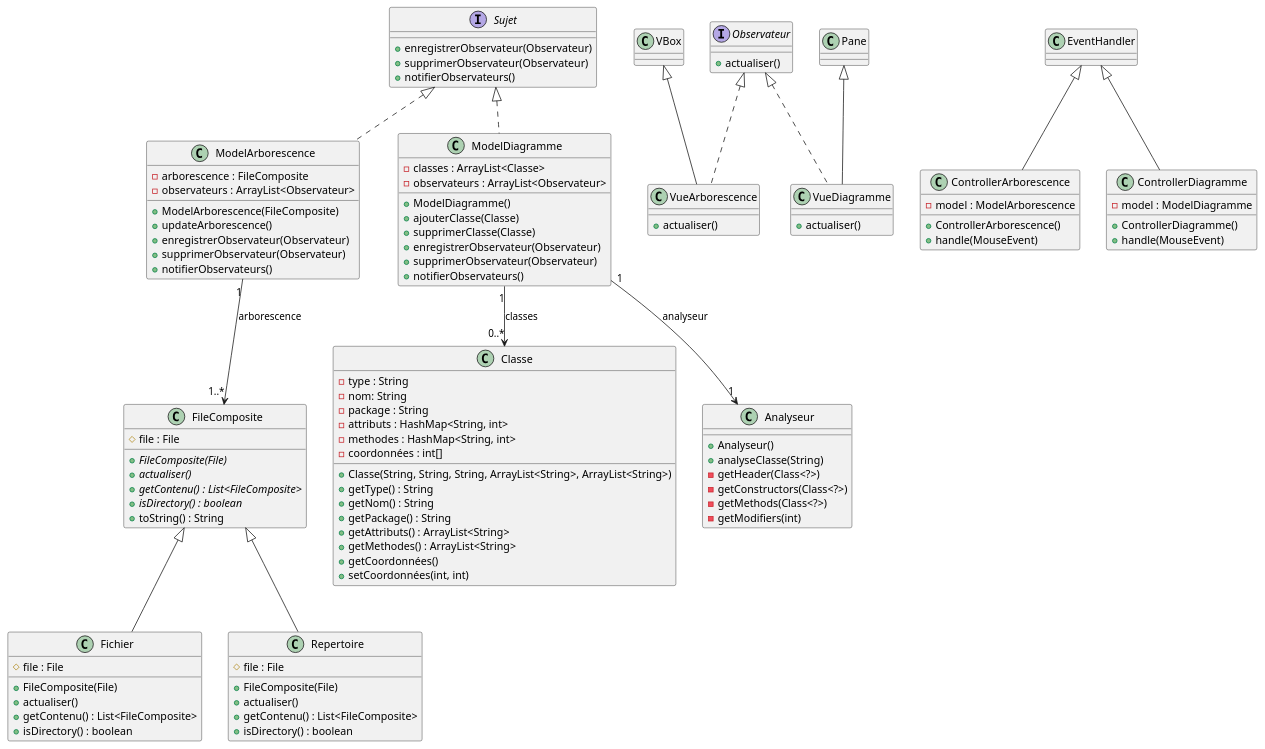
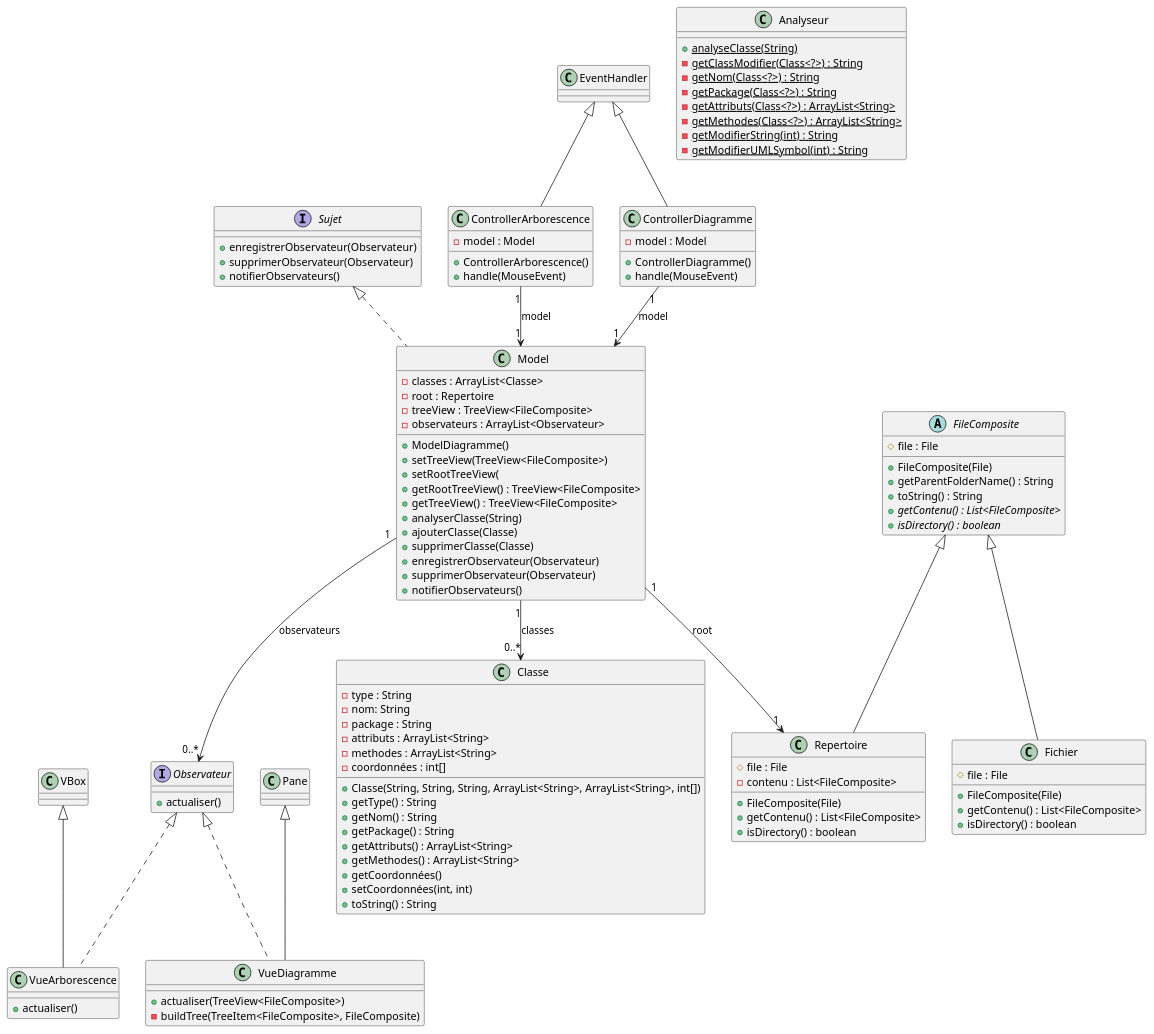
One commit to ByZorks/SAE-3.01 changed the diagram in Documents/Iteration1/DiagrammeDeClasse.puml. Above: the diagram before and after it, drawn with PlantUML. The commit also changed 5 other files, not shown here.

Commit message:
Diagramme classe

```diff
--- a/Documents/Iteration1/DiagrammeDeClasse.puml
+++ b/Documents/Iteration1/DiagrammeDeClasse.puml
@@ -1,122 +1,124 @@
 @startuml
 interface Sujet {
     + enregistrerObservateur(Observateur)
     + supprimerObservateur(Observateur)
     + notifierObservateurs()
 }
 
 interface Observateur {
     + actualiser()
 }
 
 class VueArborescence {
     + actualiser()
 }
 
 class VueDiagramme {
-    + actualiser()
+    + actualiser(TreeView<FileComposite>)
+    - buildTree(TreeItem<FileComposite>, FileComposite)
 }
 
-class ModelArborescence {
-    - arborescence : FileComposite
-    - observateurs : ArrayList<Observateur>
-    + ModelArborescence(FileComposite)
-    + updateArborescence()
-    + enregistrerObservateur(Observateur)
-    + supprimerObservateur(Observateur)
-    + notifierObservateurs()
-}
-
-class ModelDiagramme {
+class Model {
     - classes : ArrayList<Classe>
+    - root : Repertoire
+    - treeView : TreeView<FileComposite>
     - observateurs : ArrayList<Observateur>
     + ModelDiagramme()
+    + setTreeView(TreeView<FileComposite>)
+    + setRootTreeView(
+    + getRootTreeView() : TreeView<FileComposite>
+    + getTreeView() : TreeView<FileComposite>
+    + analyserClasse(String)
     + ajouterClasse(Classe)
     + supprimerClasse(Classe)
     + enregistrerObservateur(Observateur)
     + supprimerObservateur(Observateur)
     + notifierObservateurs()
 }
 
 class ControllerArborescence {
-    - model : ModelArborescence
+    - model : Model
     + ControllerArborescence()
     + handle(MouseEvent)
 }
 
 class ControllerDiagramme {
-    - model : ModelDiagramme
+    - model : Model
     + ControllerDiagramme()
     + handle(MouseEvent)
 }
 
-class FileComposite {
+abstract FileComposite {
     # file : File
-    + {abstract} FileComposite(File)
-    + {abstract} actualiser()
+    + FileComposite(File)
+    + getParentFolderName() : String
+    + toString() : String
     + {abstract} getContenu() : List<FileComposite>
     + {abstract} isDirectory() : boolean
-    + toString() : String
 }
 
 class Fichier {
     # file : File
     + FileComposite(File)
-    + actualiser()
     + getContenu() : List<FileComposite>
     + isDirectory() : boolean
 }
 
 class Repertoire {
     # file : File
+    - contenu : List<FileComposite>
     + FileComposite(File)
-    + actualiser()
     + getContenu() : List<FileComposite>
     + isDirectory() : boolean
 }
 
 class Classe {
     - type : String
     - nom: String
     - package : String
-    - attributs : HashMap<String, int>
-    - methodes : HashMap<String, int>
+    - attributs : ArrayList<String>
+    - methodes : ArrayList<String>
     - coordonnées : int[]
-    + Classe(String, String, String, ArrayList<String>, ArrayList<String>)
+    + Classe(String, String, String, ArrayList<String>, ArrayList<String>, int[])
     + getType() : String
     + getNom() : String
     + getPackage() : String
     + getAttributs() : ArrayList<String>
     + getMethodes() : ArrayList<String>
     + getCoordonnées()
     + setCoordonnées(int, int)
+    + toString() : String
 }
 
 class Analyseur {
-    + Analyseur()
-    + analyseClasse(String)
-    - getHeader(Class<?>)
-    - getConstructors(Class<?>)
-    - getMethods(Class<?>)
-    - getModifiers(int)
+    + {static} analyseClasse(String)
+    - {static} getClassModifier(Class<?>) : String
+    - {static} getNom(Class<?>) : String
+    - {static} getPackage(Class<?>) : String
+    - {static} getAttributs(Class<?>) : ArrayList<String>
+    - {static} getMethodes(Class<?>) : ArrayList<String>
+    - {static} getModifierString(int) : String
+    - {static} getModifierUMLSymbol(int) : String
 }
 
-Sujet <|.. ModelArborescence
-Sujet <|.. ModelDiagramme
+Sujet <|.. Model
 
 Observateur <|.. VueArborescence
 Observateur <|.. VueDiagramme
 
 VBox <|-- VueArborescence
 Pane <|-- VueDiagramme
 
 FileComposite <|-- Fichier
 FileComposite <|-- Repertoire
 
-ModelDiagramme "1" --> "0..*" Classe : classes
-ModelArborescence "1" --> "1..*" FileComposite : arborescence
-ModelDiagramme "1" --> "1" Analyseur : analyseur
+Model "1" --> "0..*" Classe : classes
+Model "1" --> "1" Repertoire : root
+Model "1" --> "0..*" Observateur : observateurs
+
+ControllerArborescence "1" --> "1" Model : model
+ControllerDiagramme "1" --> "1" Model : model
 
 EventHandler <|-- ControllerArborescence
 EventHandler <|-- ControllerDiagramme
 @enduml
```
